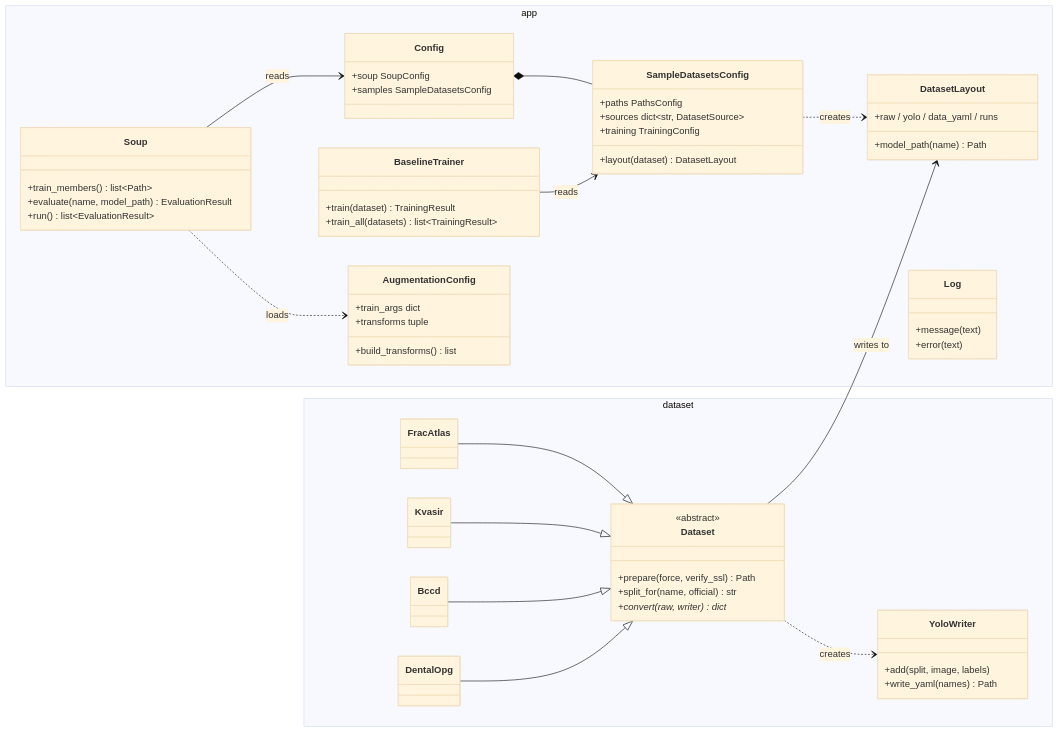
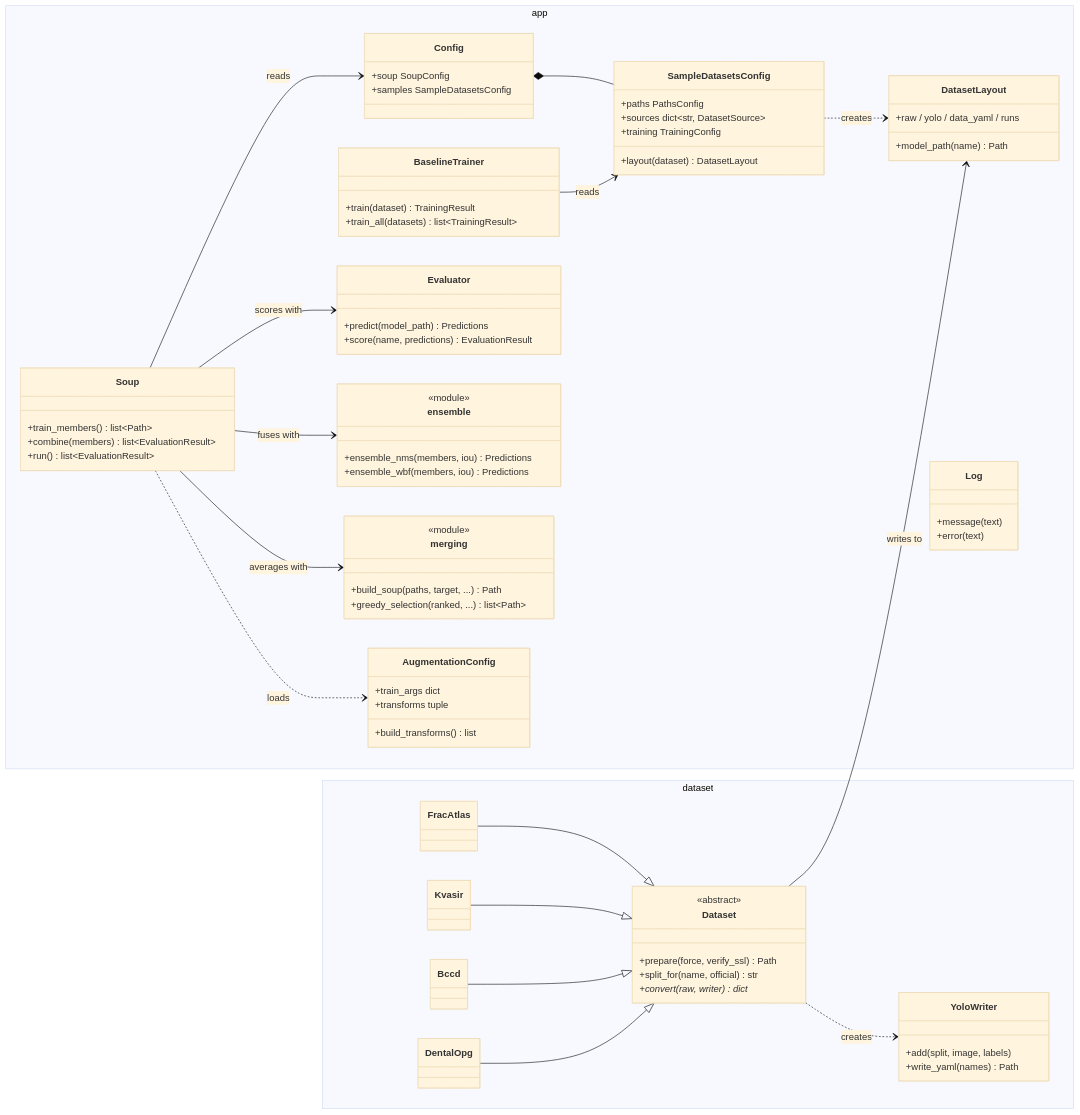
The second of 2 diagrams in README.md (michael-mayo/model_soup), drawn with Mermaid (base theme) before and after one commit. The commit also changed other lines of this file and 6 other files, not shown here.

````diff
--- a/README.md
+++ b/README.md
@@ -264,65 +303,82 @@
 ```mermaid
 classDiagram
     direction LR
     namespace app {
         class Config {
             +soup SoupConfig
             +samples SampleDatasetsConfig
         }
         class SampleDatasetsConfig {
             +paths PathsConfig
             +sources dict~str, DatasetSource~
             +training TrainingConfig
             +layout(dataset) DatasetLayout
         }
         class DatasetLayout {
             +raw / yolo / data_yaml / runs
             +model_path(name) Path
         }
         class BaselineTrainer {
             +train(dataset) TrainingResult
             +train_all(datasets) list~TrainingResult~
         }
         class Soup {
             +train_members() list~Path~
-            +evaluate(name, model_path) EvaluationResult
+            +combine(members) list~EvaluationResult~
             +run() list~EvaluationResult~
+        }
+        class Evaluator {
+            +predict(model_path) Predictions
+            +score(name, predictions) EvaluationResult
+        }
+        class ensemble {
+            <<module>>
+            +ensemble_nms(members, iou) Predictions
+            +ensemble_wbf(members, iou) Predictions
+        }
+        class merging {
+            <<module>>
+            +build_soup(paths, target, ...) Path
+            +greedy_selection(ranked, ...) list~Path~
         }
         class AugmentationConfig {
             +train_args dict
             +transforms tuple
             +build_transforms() list
         }
         class Log {
             +message(text)
             +error(text)
         }
     }
     namespace dataset {
         class Dataset {
             <<abstract>>
             +prepare(force, verify_ssl) Path
             +split_for(name, official) str
             +convert(raw, writer)* dict
         }
         class YoloWriter {
             +add(split, image, labels)
             +write_yaml(names) Path
         }
         class FracAtlas
         class Kvasir
         class Bccd
         class DentalOpg
     }
     Config *-- SampleDatasetsConfig
     SampleDatasetsConfig ..> DatasetLayout : creates
     BaselineTrainer --> SampleDatasetsConfig : reads
     Soup --> Config : reads
     Soup ..> AugmentationConfig : loads
+    Soup --> Evaluator : scores with
+    Soup --> ensemble : fuses with
+    Soup --> merging : averages with
     Dataset --> DatasetLayout : writes to
     Dataset ..> YoloWriter : creates
     FracAtlas --|> Dataset
     Kvasir --|> Dataset
     Bccd --|> Dataset
     DentalOpg --|> Dataset
 ```
````
